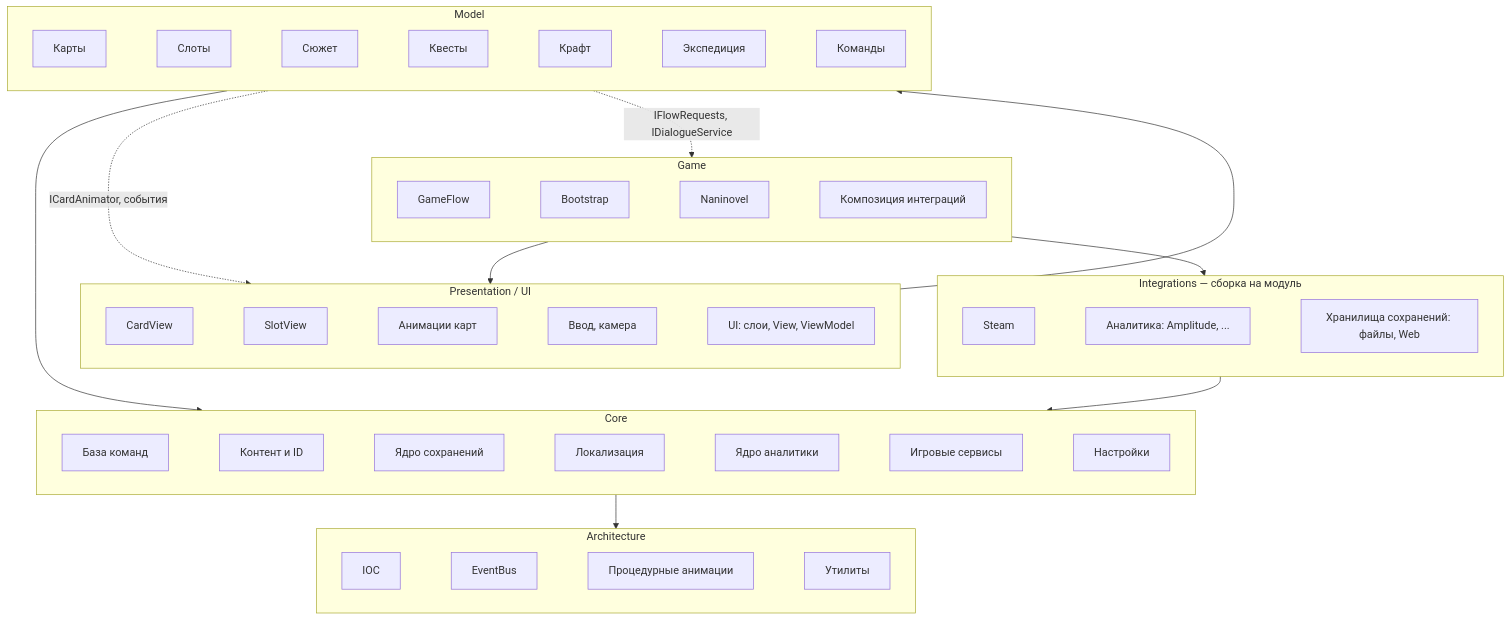
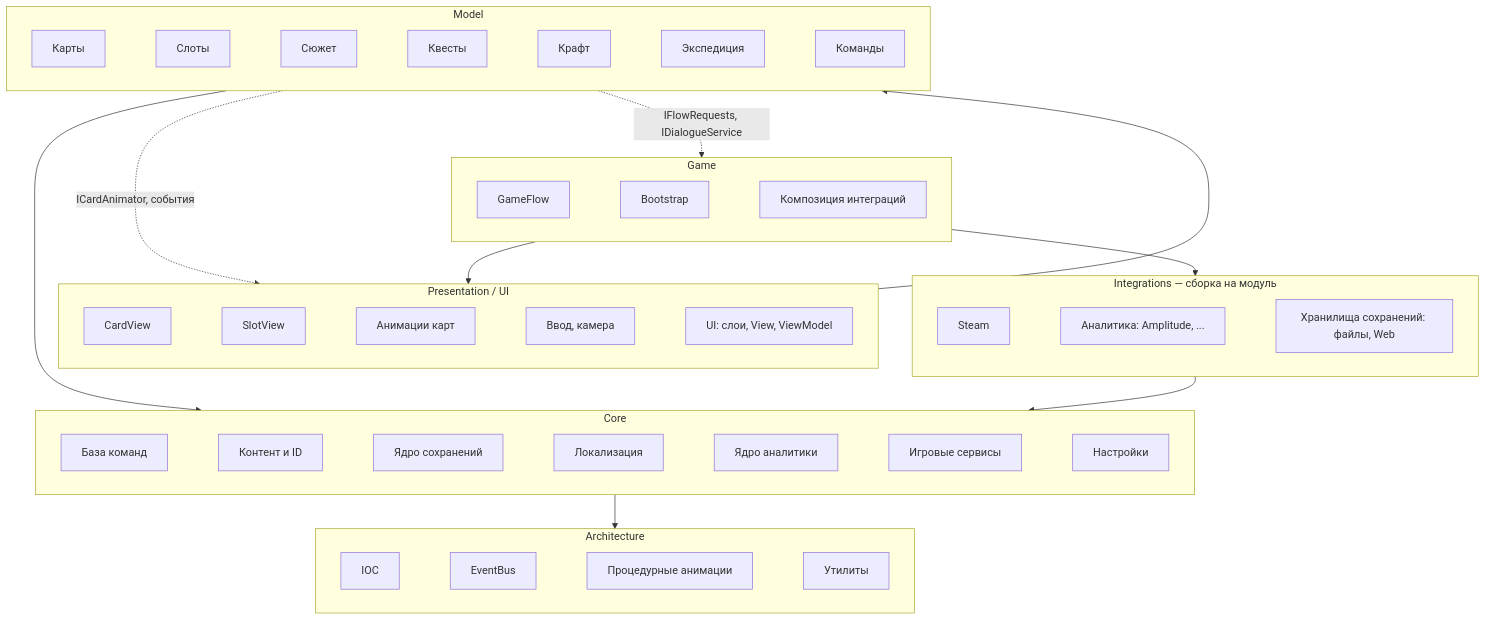
One commit to Sadalmalik/TheGrowth changed the diagram in .docs/Техническая документация/Архитектура проекта.md. Above: the diagram before and after it, drawn with Mermaid. The commit also changed other lines of this file and 25 other files, not shown here.

````diff
--- a/.docs/Техническая документация/Архитектура проекта.md
+++ b/.docs/Техническая документация/Архитектура проекта.md
@@ -35,35 +35,35 @@
 ```mermaid
 flowchart TB
     subgraph Game["Game"]
         direction LR
-        G1["GameFlow"] ~~~ G2["Bootstrap"] ~~~ G3["Naninovel"] ~~~ G4["Композиция интеграций"]
+        G1["GameFlow"] ~~~ G2["Bootstrap"] ~~~ G4["Композиция интеграций"]
     end
     subgraph View["Presentation / UI"]
         direction LR
         P1["CardView"] ~~~ P2["SlotView"] ~~~ P3["Анимации карт"] ~~~ P4["Ввод, камера"] ~~~ U1["UI: слои, View, ViewModel"]
     end
     subgraph Model["Model"]
         direction LR
         M1["Карты"] ~~~ M2["Слоты"] ~~~ M3["Сюжет"] ~~~ M4["Квесты"] ~~~ M5["Крафт"] ~~~ M6["Экспедиция"] ~~~ M7["Команды"]
     end
     subgraph Core["Core"]
         direction LR
         C1["База команд"] ~~~ C2["Контент и ID"] ~~~ C3["Ядро сохранений"] ~~~ C4["Локализация"] ~~~ C5["Ядро аналитики"] ~~~ C6["Игровые сервисы"] ~~~ C7["Настройки"]
     end
     subgraph Arch["Architecture"]
         direction LR
         A1["IOC"] ~~~ A2["EventBus"] ~~~ A3["Процедурные анимации"] ~~~ A4["Утилиты"]
     end
     subgraph Integ["Integrations — сборка на модуль"]
         direction LR
         I1["Steam"] ~~~ I2["Аналитика: Amplitude, ..."] ~~~ I3["Хранилища сохранений: файлы, Web"]
     end
     Game --> View
     View --> Model
     Model --> Core
     Core --> Arch
     Game --> Integ
     Integ --> Core
     Model -.->|"ICardAnimator, события"| View
     Model -.->|"IFlowRequests, IDialogueService"| Game
 ```
````
